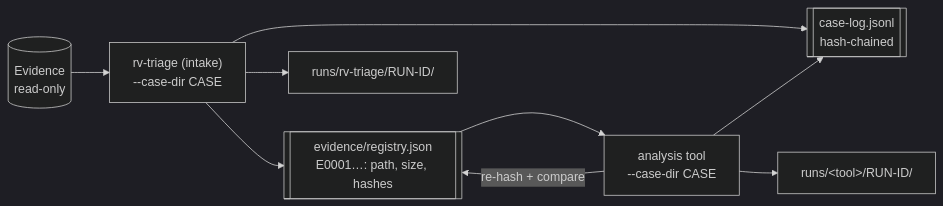
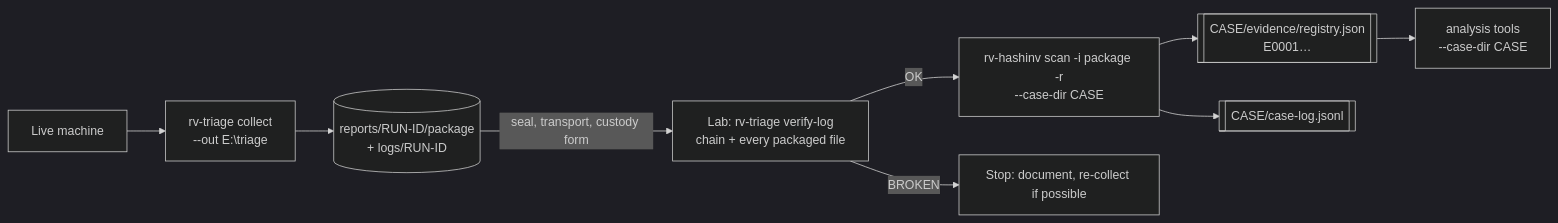
Before and after one commit to Panacota96/rv-triage: the diagram in docs/case-folder.md, drawn with Mermaid (dark theme). The commit also changed other lines of this file and 85 other files, not shown here.

First line of the commit message:
feat: RV Triage v0.1 — live Windows collection (#6)

````diff
--- a/docs/case-folder.md
+++ b/docs/case-folder.md
@@ -9,11 +11,11 @@
 ```mermaid
 flowchart LR
-    E[(Evidence<br/>read-only)] --> H["rv-triage (intake)<br/>--case-dir CASE"]
-    H --> R[["evidence/registry.json<br/>E0001…: path, size, hashes"]]
-    H --> CL[["case-log.jsonl<br/>hash-chained"]]
-    R --> P["analysis tool<br/>--case-dir CASE"]
-    P -->|re-hash + compare| R
-    P --> CL
-    H --> RH["runs/rv-triage/RUN-ID/"]
-    P --> RP["runs/&lt;tool&gt;/RUN-ID/"]
+    M["Live machine"] --> T["rv-triage collect<br/>--out E:\triage"]
+    T --> P[("reports/RUN-ID/package<br/>+ logs/RUN-ID")]
+    P -->|seal, transport, custody form| V["Lab: rv-triage verify-log<br/>chain + every packaged file"]
+    V -->|OK| H["rv-hashinv scan -i package -r<br/>--case-dir CASE"]
+    H --> R[["CASE/evidence/registry.json<br/>E0001…"]]
+    H --> CL[["CASE/case-log.jsonl"]]
+    R --> A["analysis tools<br/>--case-dir CASE"]
+    V -->|BROKEN| X["Stop: document, re-collect if possible"]
 ```
````
